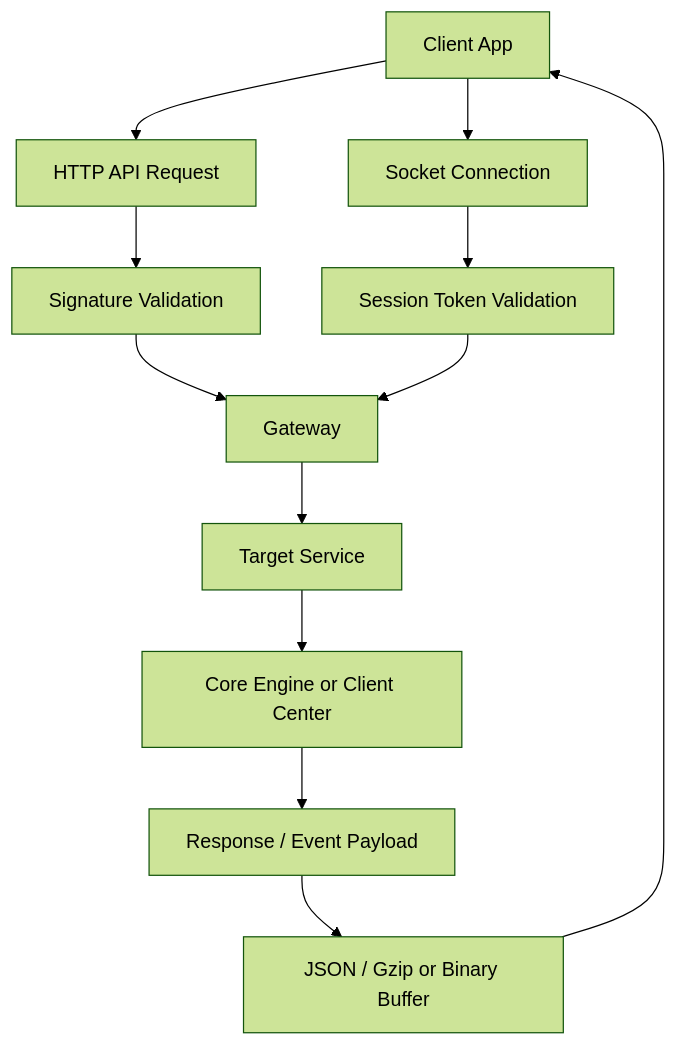
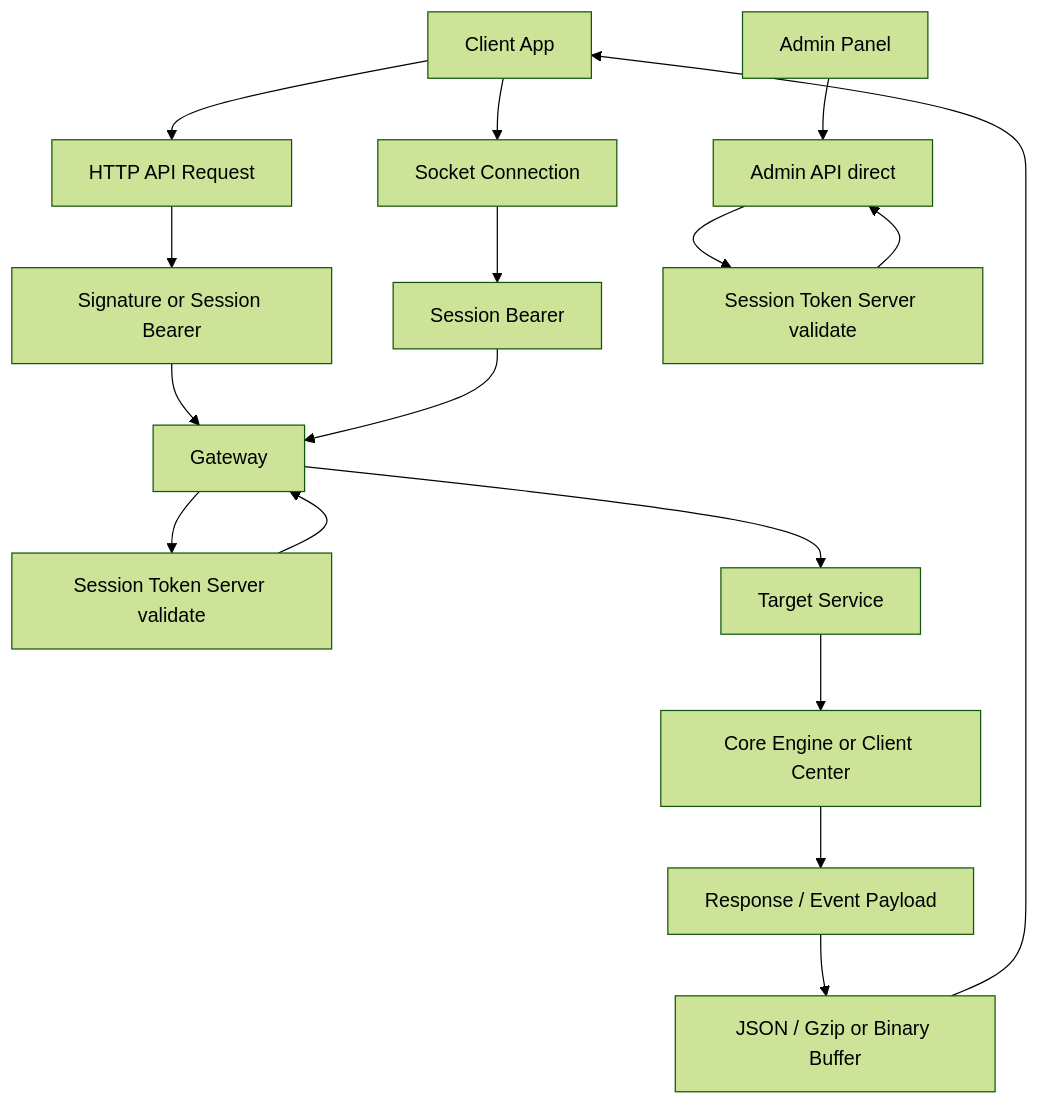
One commit to kwan829pang/FunnyX changed diagram 12 of 15 in doc/flow_chart.md. Above: the diagram before and after it, drawn with Mermaid (forest theme). The commit also changed other lines of this file and 24 other files, not shown here.

Commit message:
Update webhook admin UI and some session token logic for improve routing time

````diff
--- a/doc/flow_chart.md
+++ b/doc/flow_chart.md
@@ -218,14 +258,19 @@
 ```mermaid
 flowchart TD
     A[Client App] --> B[HTTP API Request]
     A --> C[Socket Connection]
-    B --> D[Signature Validation]
-    C --> E[Session Token Validation]
+    B --> D[Signature or Session Bearer]
+    C --> E[Session Bearer]
     D --> F[Gateway]
     E --> F
+    F --> ST[Session Token Server validate]
+    ST --> F
     F --> G[Target Service]
     G --> H[Core Engine or Client Center]
     H --> I[Response / Event Payload]
     I --> J[JSON / Gzip or Binary Buffer]
     J --> A
+    AP[Admin Panel] --> AA[Admin API direct]
+    AA --> ST2[Session Token Server validate]
+    ST2 --> AA
 ```
````
